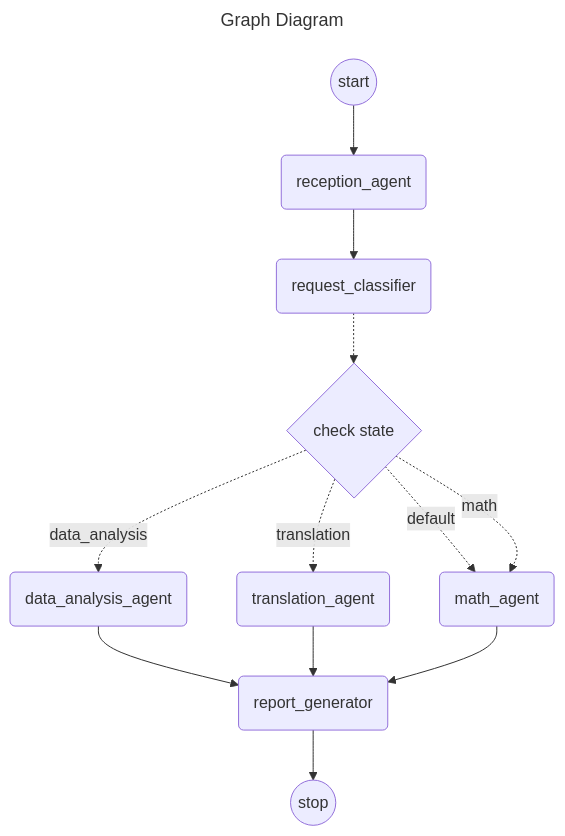
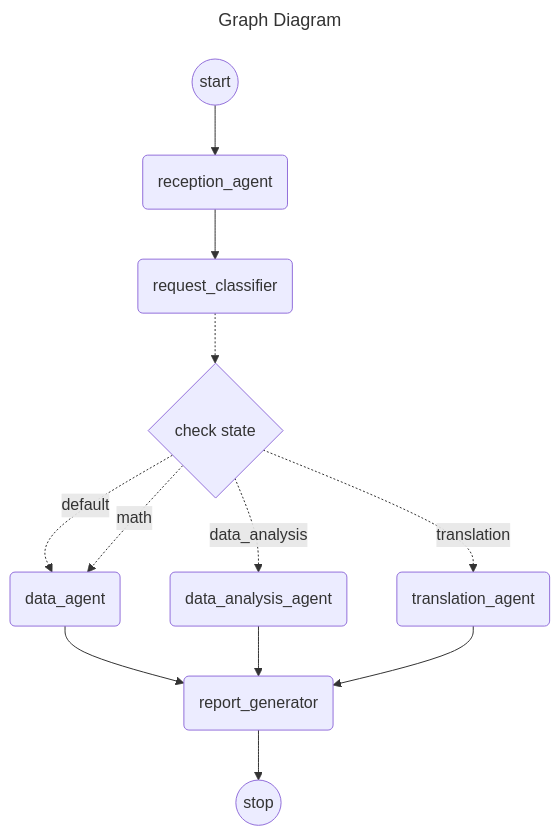
The diagram in spring-ai-alibaba-graph/spring-ai-alibaba-graph-platform/src/main/java/com/alibaba/cloud/ai/controller/a.mermaid (zhouyou9505/spring-ai-alibaba), drawn with Mermaid before and after one commit. The commit also changed 6 other files, not shown here.

Commit message:
feat jmanus graph

```diff
--- a/spring-ai-alibaba-graph/spring-ai-alibaba-graph-platform/src/main/java/com/alibaba/cloud/ai/controller/a.mermaid
+++ b/spring-ai-alibaba-graph/spring-ai-alibaba-graph-platform/src/main/java/com/alibaba/cloud/ai/controller/a.mermaid
@@ -1,31 +1,31 @@
 ---
 title: Graph Diagram
 ---
 flowchart TD
     __START__((start))
     __END__((stop))
     reception_agent("reception_agent")
     request_classifier("request_classifier")
-    math_agent("math_agent")
+    data_agent("data_agent")
     translation_agent("translation_agent")
     data_analysis_agent("data_analysis_agent")
     report_generator("report_generator")
     condition1{"check state"}
     __START__:::__START__ --> reception_agent:::reception_agent
+    data_agent:::data_agent --> report_generator:::report_generator
     data_analysis_agent:::data_analysis_agent --> report_generator:::report_generator
     reception_agent:::reception_agent --> request_classifier:::request_classifier
     translation_agent:::translation_agent --> report_generator:::report_generator
-    math_agent:::math_agent --> report_generator:::report_generator
     request_classifier:::request_classifier -.-> condition1:::condition1
-    condition1:::condition1 -.->|default| math_agent:::math_agent
-%%	request_classifier:::request_classifier -.->|default| math_agent:::math_agent
+    condition1:::condition1 -.->|default| data_agent:::data_agent
+%%	request_classifier:::request_classifier -.->|default| data_agent:::data_agent
     condition1:::condition1 -.->|translation| translation_agent:::translation_agent
 %%	request_classifier:::request_classifier -.->|translation| translation_agent:::translation_agent
     condition1:::condition1 -.->|data_analysis| data_analysis_agent:::data_analysis_agent
 %%	request_classifier:::request_classifier -.->|data_analysis| data_analysis_agent:::data_analysis_agent
-    condition1:::condition1 -.->|math| math_agent:::math_agent
-%%	request_classifier:::request_classifier -.->|math| math_agent:::math_agent
+    condition1:::condition1 -.->|math| data_agent:::data_agent
+%%	request_classifier:::request_classifier -.->|math| data_agent:::data_agent
     report_generator:::report_generator --> __END__:::__END__
 
     classDef ___START__ fill:black,stroke-width:1px,font-size:xx-small;
     classDef ___END__ fill:black,stroke-width:1px,font-size:xx-small;
```
